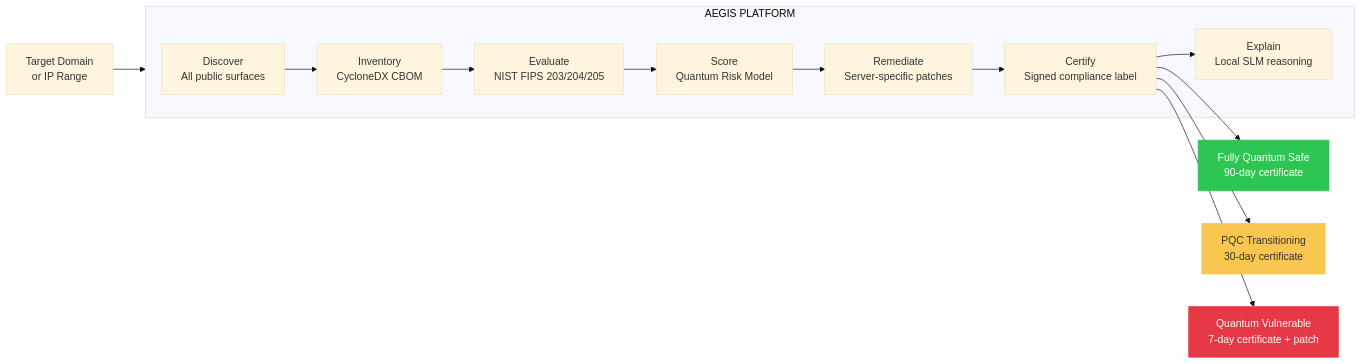
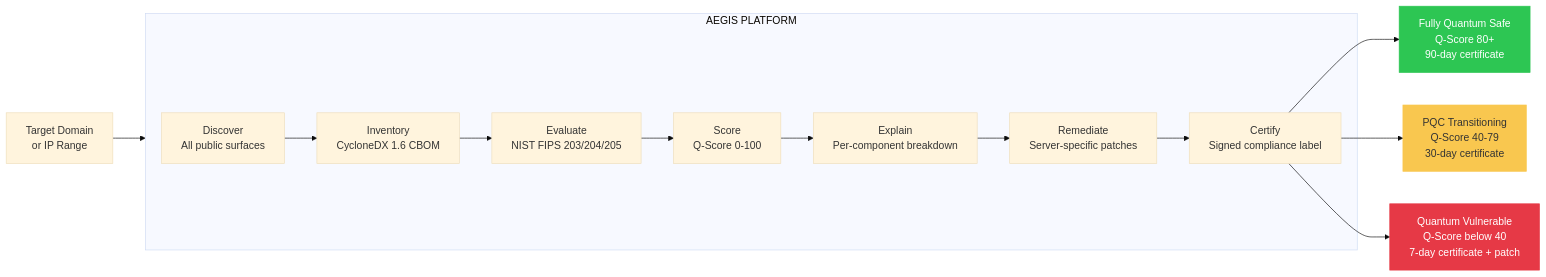
Before and after one commit to notgautham/Aegis: the third of 11 diagrams in documentations/SOLUTION.md, drawn with Mermaid (base theme). The commit also changed other lines of this file and 20 other files, not shown here.

````diff
--- a/documentations/SOLUTION.md
+++ b/documentations/SOLUTION.md
@@ -102,24 +158,24 @@
 ```mermaid
 graph LR
     INPUT[Target Domain<br>or IP Range] --> AEGIS
 
     subgraph AEGIS["AEGIS PLATFORM"]
         D[Discover<br>All public surfaces]
-        I[Inventory<br>CycloneDX CBOM]
+        I[Inventory<br>CycloneDX 1.6 CBOM]
         E[Evaluate<br>NIST FIPS 203/204/205]
-        S[Score<br>Quantum Risk Model]
+        S[Score<br>Q-Score 0-100]
+        X[Explain<br>Per-component breakdown]
         R[Remediate<br>Server-specific patches]
         C[Certify<br>Signed compliance label]
-        X[Explain<br>Local SLM reasoning]
     end
 
-    D --> I --> E --> S --> R --> C --> X
+    D --> I --> E --> S --> X --> R --> C
 
-    C --> OUT1[Fully Quantum Safe<br>90-day certificate]
-    C --> OUT2[PQC Transitioning<br>30-day certificate]
-    C --> OUT3[Quantum Vulnerable<br>7-day certificate + patch]
+    C --> OUT1[Fully Quantum Safe<br>Q-Score 80+<br>90-day certificate]
+    C --> OUT2[PQC Transitioning<br>Q-Score 40-79<br>30-day certificate]
+    C --> OUT3[Quantum Vulnerable<br>Q-Score below 40<br>7-day certificate + patch]
 
     style OUT1 fill:#2DC653,color:#fff,stroke:#2DC653
     style OUT2 fill:#F9C74F,color:#333,stroke:#F9C74F
     style OUT3 fill:#E63946,color:#fff,stroke:#E63946
 ```
````
